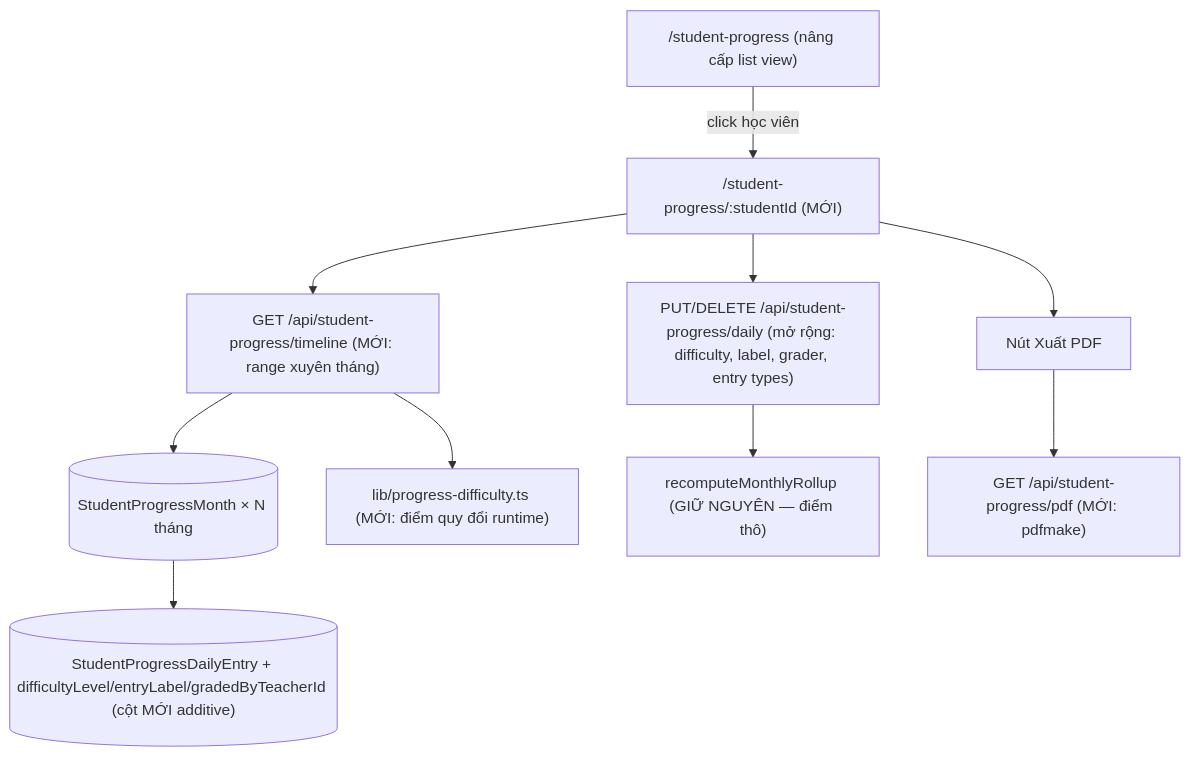
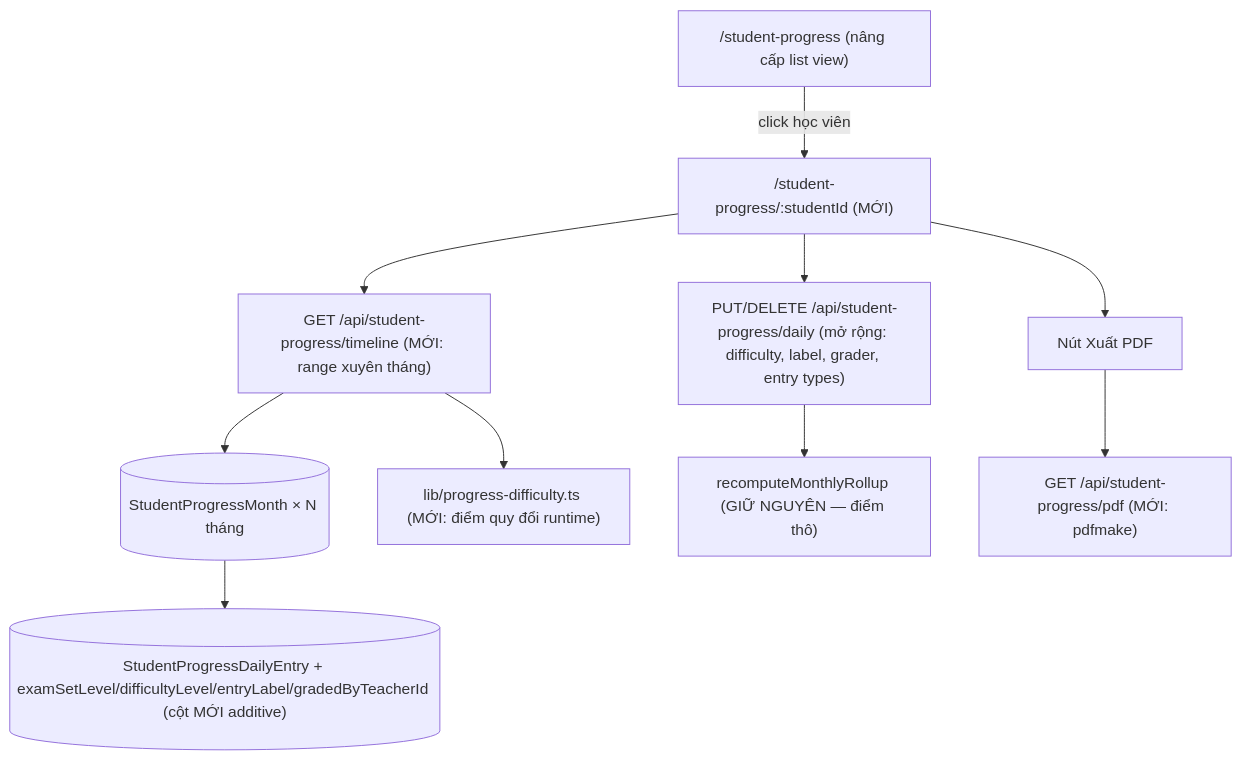
The diagram in Student_Progress_Dashboard_Plan.md (hts2008/edu_manager_v2), drawn with Mermaid before and after one commit. The commit also changed other lines of this file and 31 other files, not shown here.

Commit message:
feat(progress): separate exam set from task difficulty

````diff
--- a/Student_Progress_Dashboard_Plan.md
+++ b/Student_Progress_Dashboard_Plan.md
@@ -97,12 +97,12 @@
 ```mermaid
 flowchart TD
     ListPage["/student-progress (nâng cấp list view)"] -->|"click học viên"| DetailPage["/student-progress/:studentId (MỚI)"]
     DetailPage --> TimelineAPI["GET /api/student-progress/timeline (MỚI: range xuyên tháng)"]
     DetailPage --> DailyAPI["PUT/DELETE /api/student-progress/daily (mở rộng: difficulty, label, grader, entry types)"]
     DetailPage --> PdfBtn["Nút Xuất PDF"]
     PdfBtn --> PdfAPI["GET /api/student-progress/pdf (MỚI: pdfmake)"]
     TimelineAPI --> MonthRecords[("StudentProgressMonth × N tháng")]
-    MonthRecords --> DailyEntries[("StudentProgressDailyEntry + difficultyLevel/entryLabel/gradedByTeacherId (cột MỚI additive)")]
+    MonthRecords --> DailyEntries[("StudentProgressDailyEntry + examSetLevel/difficultyLevel/entryLabel/gradedByTeacherId (cột MỚI additive)")]
     DailyAPI --> Rollup["recomputeMonthlyRollup (GIỮ NGUYÊN — điểm thô)"]
     TimelineAPI --> WeightEngine["lib/progress-difficulty.ts (MỚI: điểm quy đổi runtime)"]
 ```
````
